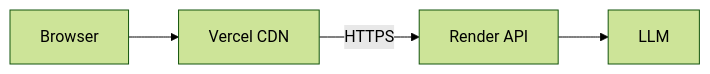
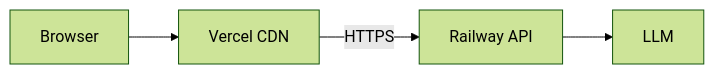
The second of 2 diagrams in Docs/architecture.md (tejas2904-RM/Spotify-Moments-MVP), drawn with Mermaid (forest theme) before and after one commit. The commit also changed other lines of this file and 10 other files, not shown here.

First line of the commit message:
Switch backend deployment from Render to Railway.

````diff
--- a/Docs/architecture.md
+++ b/Docs/architecture.md
@@ -526,6 +527,6 @@
 ```mermaid
 flowchart LR
     Browser --> Vercel[Vercel CDN]
-    Vercel -->|HTTPS| Render[Render API]
-    Render --> OpenAI[LLM]
+    Vercel -->|HTTPS| Railway[Railway API]
+    Railway --> OpenAI[LLM]
 ```
````
